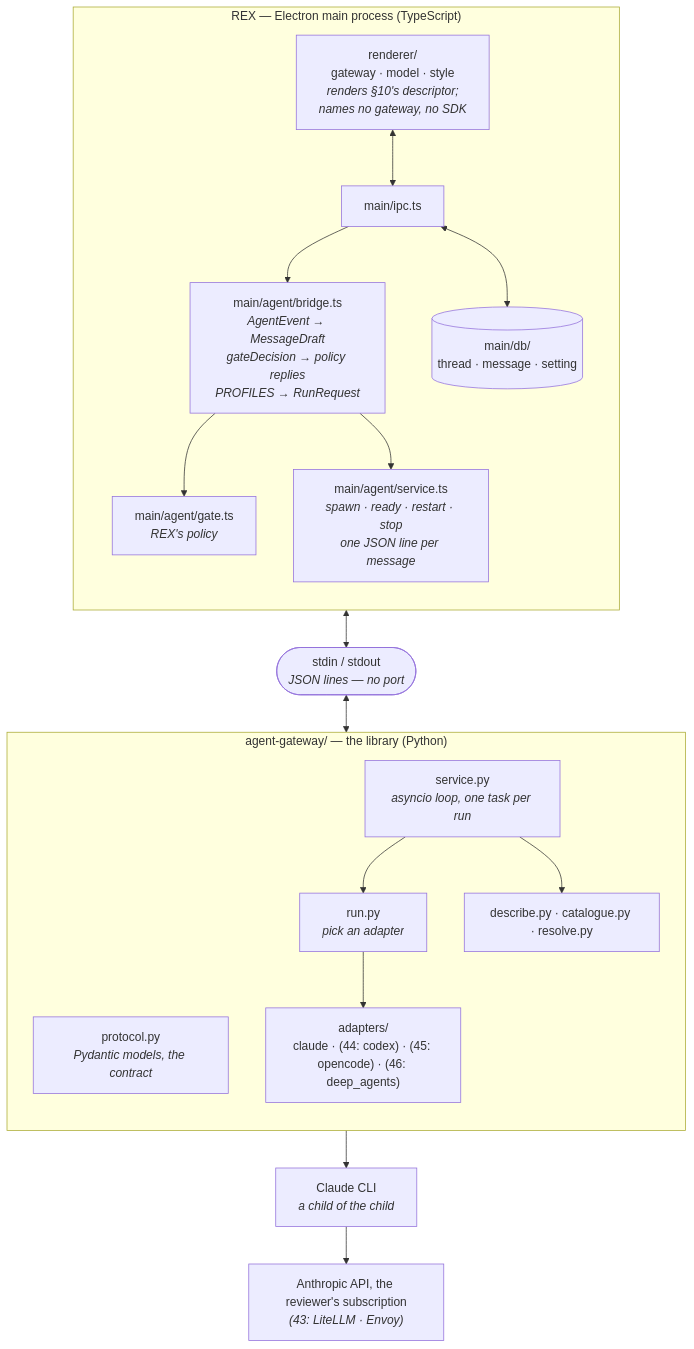
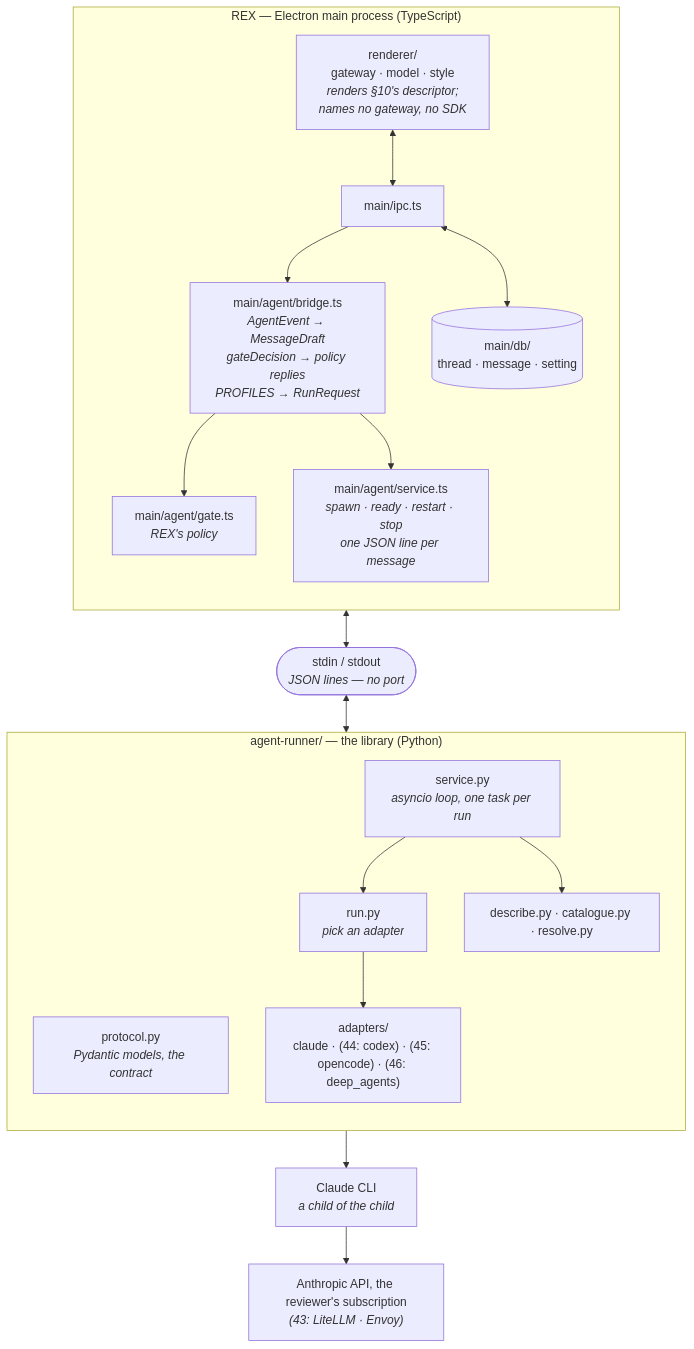
One commit to lukaskellerstein/rex changed the diagram in docs/my-specs/42-the-agent-library/SPEC.md. Above: the diagram before and after it, drawn with Mermaid. The commit also changed other lines of this file and 187 other files, not shown here.

````diff
--- a/docs/my-specs/42-the-agent-library/SPEC.md
+++ b/docs/my-specs/42-the-agent-library/SPEC.md
@@ -123,39 +136,39 @@
 ```mermaid
 flowchart TB
     subgraph REX["REX — Electron main process (TypeScript)"]
         direction TB
         UI["renderer/<br/>gateway · model · style<br/><i>renders §10's descriptor;<br/>names no gateway, no SDK</i>"]
         IPC["main/ipc.ts"]
         BRIDGE["main/agent/bridge.ts<br/><i>AgentEvent → MessageDraft<br/>gateDecision → policy replies<br/>PROFILES → RunRequest</i>"]
         SVC["main/agent/service.ts<br/><i>spawn · ready · restart · stop<br/>one JSON line per message</i>"]
         GATE["main/agent/gate.ts<br/><i>REX's policy</i>"]
         DB[("main/db/<br/>thread · message · setting")]
         UI <--> IPC
         IPC --> BRIDGE
         BRIDGE --> GATE
         BRIDGE --> SVC
         IPC <--> DB
     end
 
     PIPE(["stdin / stdout<br/><i>JSON lines — no port</i>"])
 
-    subgraph LIB["agent-gateway/ — the library (Python)"]
+    subgraph LIB["agent-runner/ — the library (Python)"]
         direction TB
         PROTO["protocol.py<br/><i>Pydantic models, the contract</i>"]
         LOOP["service.py<br/><i>asyncio loop, one task per run</i>"]
         DESC["describe.py · catalogue.py · resolve.py"]
         RUN["run.py<br/><i>pick an adapter</i>"]
         ADP["adapters/<br/>claude · (44: codex) · (45: opencode) · (46: deep_agents)"]
         LOOP --> RUN
         LOOP --> DESC
         RUN --> ADP
     end
 
     SDKS["Claude CLI<br/><i>a child of the child</i>"]
     GW["Anthropic API, the reviewer's subscription<br/><i>(43: LiteLLM · Envoy)</i>"]
 
     SVC <--> PIPE
     PIPE <--> LOOP
     ADP --> SDKS
     SDKS --> GW
 ```
````
